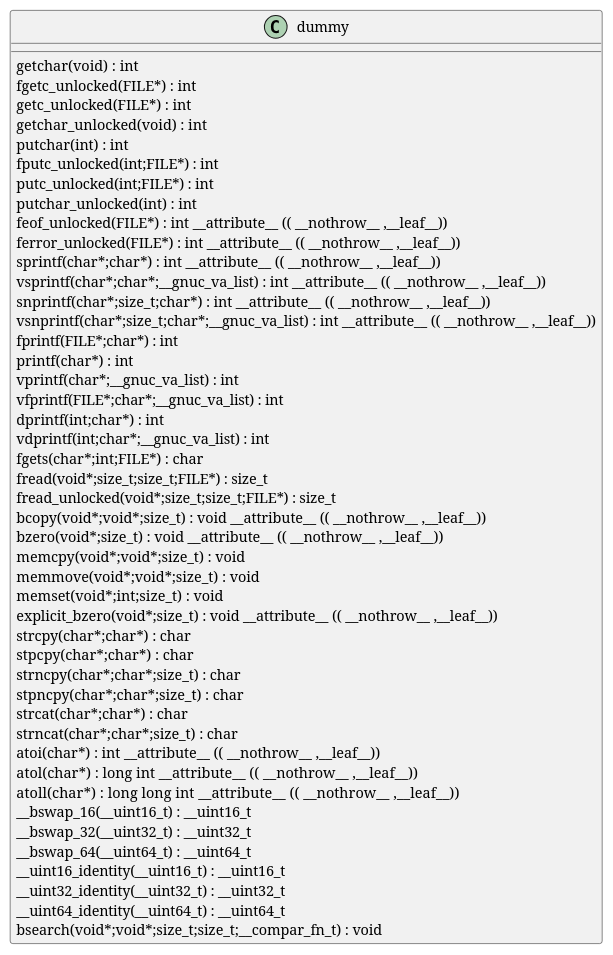
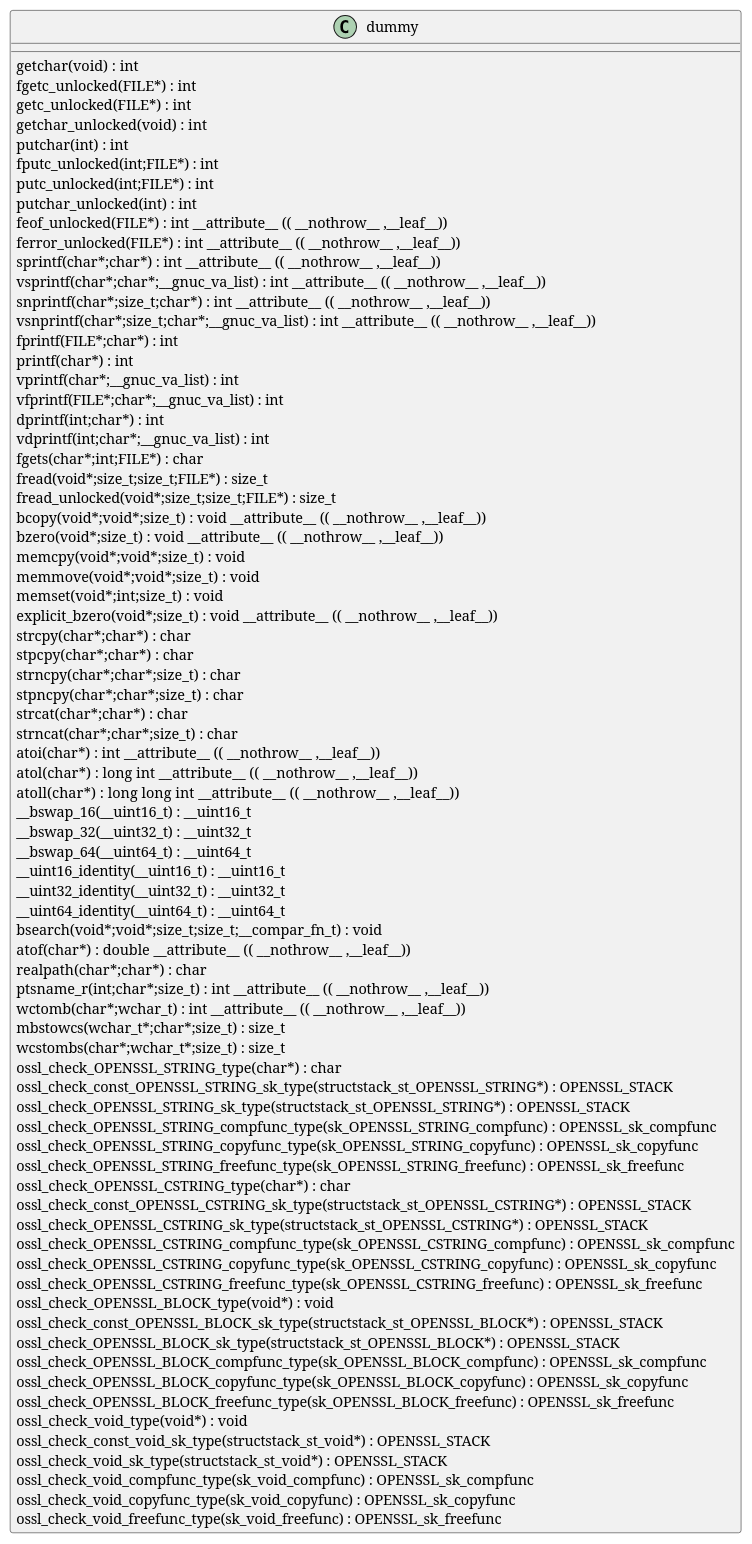
One commit to qualitesys/openssl changed the diagram in docs/qc/crypto/bio/bio_print.c.puml. Above: the diagram before and after it, drawn with PlantUML. The commit also changed 5114 other files, not shown here.

```diff
--- a/docs/qc/crypto/bio/bio_print.c.puml
+++ b/docs/qc/crypto/bio/bio_print.c.puml
@@ -1,50 +1,80 @@
 @startuml
 !pragma layout smetana
 class dummy {
 getchar(void) :  int  [[[./../../.././qc/crypto/bio/bio_print.c.html#742]]]
 fgetc_unlocked(FILE*) :  int  [[[./../../.././qc/crypto/bio/bio_print.c.html#751]]]
 getc_unlocked(FILE*) :  int  [[[./../../.././qc/crypto/bio/bio_print.c.html#761]]]
 getchar_unlocked(void) :  int  [[[./../../.././qc/crypto/bio/bio_print.c.html#768]]]
 putchar(int) :  int  [[[./../../.././qc/crypto/bio/bio_print.c.html#777]]]
 fputc_unlocked(int;FILE*) :  int  [[[./../../.././qc/crypto/bio/bio_print.c.html#786]]]
 putc_unlocked(int;FILE*) :  int  [[[./../../.././qc/crypto/bio/bio_print.c.html#796]]]
 putchar_unlocked(int) :  int  [[[./../../.././qc/crypto/bio/bio_print.c.html#803]]]
 feof_unlocked(FILE*) :  int  __attribute__ (( __nothrow__ ,__leaf__)) [[[./../../.././qc/crypto/bio/bio_print.c.html#809]]]
 ferror_unlocked(FILE*) :  int  __attribute__ (( __nothrow__ ,__leaf__)) [[[./../../.././qc/crypto/bio/bio_print.c.html#816]]]
 sprintf(char*;char*) :  int  __attribute__ (( __nothrow__ ,__leaf__)) [[[./../../.././qc/crypto/bio/bio_print.c.html#835]]]
 vsprintf(char*;char*;__gnuc_va_list) :  int  __attribute__ (( __nothrow__ ,__leaf__)) [[[./../../.././qc/crypto/bio/bio_print.c.html#848]]]
 snprintf(char*;size_t;char*) :  int  __attribute__ (( __nothrow__ ,__leaf__)) [[[./../../.././qc/crypto/bio/bio_print.c.html#867]]]
 vsnprintf(char*;size_t;char*;__gnuc_va_list) :  int  __attribute__ (( __nothrow__ ,__leaf__)) [[[./../../.././qc/crypto/bio/bio_print.c.html#881]]]
 fprintf(FILE*;char*) :  int  [[[./../../.././qc/crypto/bio/bio_print.c.html#902]]]
 printf(char*) :  int  [[[./../../.././qc/crypto/bio/bio_print.c.html#909]]]
 vprintf(char*;__gnuc_va_list) :  int  [[[./../../.././qc/crypto/bio/bio_print.c.html#921]]]
 vfprintf(FILE*;char*;__gnuc_va_list) :  int  [[[./../../.././qc/crypto/bio/bio_print.c.html#931]]]
 dprintf(int;char*) :  int  [[[./../../.././qc/crypto/bio/bio_print.c.html#946]]]
 vdprintf(int;char*;__gnuc_va_list) :  int  [[[./../../.././qc/crypto/bio/bio_print.c.html#957]]]
 fgets(char*;int;FILE*) :  char  [[[./../../.././qc/crypto/bio/bio_print.c.html#976]]]
 fread(void*;size_t;size_t;FILE*) : size_t [[[./../../.././qc/crypto/bio/bio_print.c.html#1002]]]
 fread_unlocked(void*;size_t;size_t;FILE*) : size_t [[[./../../.././qc/crypto/bio/bio_print.c.html#1029]]]
 bcopy(void*;void*;size_t) :  void  __attribute__ (( __nothrow__ ,__leaf__)) [[[./../../.././qc/crypto/bio/bio_print.c.html#1332]]]
 bzero(void*;size_t) :  void  __attribute__ (( __nothrow__ ,__leaf__)) [[[./../../.././qc/crypto/bio/bio_print.c.html#1339]]]
 memcpy(void*;void*;size_t) :  void  [[[./../../.././qc/crypto/bio/bio_print.c.html#1380]]]
 memmove(void*;void*;size_t) :  void  [[[./../../.././qc/crypto/bio/bio_print.c.html#1388]]]
 memset(void*;int;size_t) :  void  [[[./../../.././qc/crypto/bio/bio_print.c.html#1395]]]
 explicit_bzero(void*;size_t) :  void  __attribute__ (( __nothrow__ ,__leaf__)) [[[./../../.././qc/crypto/bio/bio_print.c.html#1408]]]
 strcpy(char*;char*) :  char  [[[./../../.././qc/crypto/bio/bio_print.c.html#1415]]]
 stpcpy(char*;char*) :  char  [[[./../../.././qc/crypto/bio/bio_print.c.html#1422]]]
 strncpy(char*;char*;size_t) :  char  [[[./../../.././qc/crypto/bio/bio_print.c.html#1430]]]
 stpncpy(char*;char*;size_t) :  char  [[[./../../.././qc/crypto/bio/bio_print.c.html#1440]]]
 strcat(char*;char*) :  char  [[[./../../.././qc/crypto/bio/bio_print.c.html#1447]]]
 strncat(char*;char*;size_t) :  char  [[[./../../.././qc/crypto/bio/bio_print.c.html#1454]]]
 atoi(char*) :  int  __attribute__ (( __nothrow__ ,__leaf__)) [[[./../../.././qc/crypto/bio/bio_print.c.html#1590]]]
 atol(char*) :  long  int  __attribute__ (( __nothrow__ ,__leaf__)) [[[./../../.././qc/crypto/bio/bio_print.c.html#1595]]]
 atoll(char*) :  long  long  int  __attribute__ (( __nothrow__ ,__leaf__)) [[[./../../.././qc/crypto/bio/bio_print.c.html#1602]]]
 __bswap_16(__uint16_t) : __uint16_t [[[./../../.././qc/crypto/bio/bio_print.c.html#1755]]]
 __bswap_32(__uint32_t) : __uint32_t [[[./../../.././qc/crypto/bio/bio_print.c.html#1770]]]
 __bswap_64(__uint64_t) : __uint64_t [[[./../../.././qc/crypto/bio/bio_print.c.html#1780]]]
 __uint16_identity(__uint16_t) : __uint16_t [[[./../../.././qc/crypto/bio/bio_print.c.html#1792]]]
 __uint32_identity(__uint32_t) : __uint32_t [[[./../../.././qc/crypto/bio/bio_print.c.html#1798]]]
 __uint64_identity(__uint64_t) : __uint64_t [[[./../../.././qc/crypto/bio/bio_print.c.html#1804]]]
 bsearch(void*;void*;size_t;size_t;__compar_fn_t) :  void  [[[./../../.././qc/crypto/bio/bio_print.c.html#2472]]]
+atof(char*) :  double  __attribute__ (( __nothrow__ ,__leaf__)) [[[./../../.././qc/crypto/bio/bio_print.c.html#1]]]
+realpath(char*;char*) :  char  [[[./../../.././qc/crypto/bio/bio_print.c.html#1]]]
+ptsname_r(int;char*;size_t) :  int  __attribute__ (( __nothrow__ ,__leaf__)) [[[./../../.././qc/crypto/bio/bio_print.c.html#1]]]
+wctomb(char*;wchar_t) :  int  __attribute__ (( __nothrow__ ,__leaf__)) [[[./../../.././qc/crypto/bio/bio_print.c.html#1]]]
+mbstowcs(wchar_t*;char*;size_t) : size_t [[[./../../.././qc/crypto/bio/bio_print.c.html#1]]]
+wcstombs(char*;wchar_t*;size_t) : size_t [[[./../../.././qc/crypto/bio/bio_print.c.html#1]]]
+ossl_check_OPENSSL_STRING_type(char*) :  char  [[[./../../.././qc/crypto/bio/bio_print.c.html#1]]]
+ossl_check_const_OPENSSL_STRING_sk_type(structstack_st_OPENSSL_STRING*) : OPENSSL_STACK [[[./../../.././qc/crypto/bio/bio_print.c.html#1]]]
+ossl_check_OPENSSL_STRING_sk_type(structstack_st_OPENSSL_STRING*) : OPENSSL_STACK [[[./../../.././qc/crypto/bio/bio_print.c.html#1]]]
+ossl_check_OPENSSL_STRING_compfunc_type(sk_OPENSSL_STRING_compfunc) : OPENSSL_sk_compfunc [[[./../../.././qc/crypto/bio/bio_print.c.html#1]]]
+ossl_check_OPENSSL_STRING_copyfunc_type(sk_OPENSSL_STRING_copyfunc) : OPENSSL_sk_copyfunc [[[./../../.././qc/crypto/bio/bio_print.c.html#1]]]
+ossl_check_OPENSSL_STRING_freefunc_type(sk_OPENSSL_STRING_freefunc) : OPENSSL_sk_freefunc [[[./../../.././qc/crypto/bio/bio_print.c.html#1]]]
+ossl_check_OPENSSL_CSTRING_type(char*) :  char  [[[./../../.././qc/crypto/bio/bio_print.c.html#1]]]
+ossl_check_const_OPENSSL_CSTRING_sk_type(structstack_st_OPENSSL_CSTRING*) : OPENSSL_STACK [[[./../../.././qc/crypto/bio/bio_print.c.html#1]]]
+ossl_check_OPENSSL_CSTRING_sk_type(structstack_st_OPENSSL_CSTRING*) : OPENSSL_STACK [[[./../../.././qc/crypto/bio/bio_print.c.html#1]]]
+ossl_check_OPENSSL_CSTRING_compfunc_type(sk_OPENSSL_CSTRING_compfunc) : OPENSSL_sk_compfunc [[[./../../.././qc/crypto/bio/bio_print.c.html#1]]]
+ossl_check_OPENSSL_CSTRING_copyfunc_type(sk_OPENSSL_CSTRING_copyfunc) : OPENSSL_sk_copyfunc [[[./../../.././qc/crypto/bio/bio_print.c.html#1]]]
+ossl_check_OPENSSL_CSTRING_freefunc_type(sk_OPENSSL_CSTRING_freefunc) : OPENSSL_sk_freefunc [[[./../../.././qc/crypto/bio/bio_print.c.html#1]]]
+ossl_check_OPENSSL_BLOCK_type(void*) :  void  [[[./../../.././qc/crypto/bio/bio_print.c.html#1]]]
+ossl_check_const_OPENSSL_BLOCK_sk_type(structstack_st_OPENSSL_BLOCK*) : OPENSSL_STACK [[[./../../.././qc/crypto/bio/bio_print.c.html#1]]]
+ossl_check_OPENSSL_BLOCK_sk_type(structstack_st_OPENSSL_BLOCK*) : OPENSSL_STACK [[[./../../.././qc/crypto/bio/bio_print.c.html#1]]]
+ossl_check_OPENSSL_BLOCK_compfunc_type(sk_OPENSSL_BLOCK_compfunc) : OPENSSL_sk_compfunc [[[./../../.././qc/crypto/bio/bio_print.c.html#1]]]
+ossl_check_OPENSSL_BLOCK_copyfunc_type(sk_OPENSSL_BLOCK_copyfunc) : OPENSSL_sk_copyfunc [[[./../../.././qc/crypto/bio/bio_print.c.html#1]]]
+ossl_check_OPENSSL_BLOCK_freefunc_type(sk_OPENSSL_BLOCK_freefunc) : OPENSSL_sk_freefunc [[[./../../.././qc/crypto/bio/bio_print.c.html#1]]]
+ossl_check_void_type(void*) :  void  [[[./../../.././qc/crypto/bio/bio_print.c.html#1]]]
+ossl_check_const_void_sk_type(structstack_st_void*) : OPENSSL_STACK [[[./../../.././qc/crypto/bio/bio_print.c.html#1]]]
+ossl_check_void_sk_type(structstack_st_void*) : OPENSSL_STACK [[[./../../.././qc/crypto/bio/bio_print.c.html#1]]]
+ossl_check_void_compfunc_type(sk_void_compfunc) : OPENSSL_sk_compfunc [[[./../../.././qc/crypto/bio/bio_print.c.html#1]]]
+ossl_check_void_copyfunc_type(sk_void_copyfunc) : OPENSSL_sk_copyfunc [[[./../../.././qc/crypto/bio/bio_print.c.html#1]]]
+ossl_check_void_freefunc_type(sk_void_freefunc) : OPENSSL_sk_freefunc [[[./../../.././qc/crypto/bio/bio_print.c.html#1]]]
 } 
 @enduml
```
